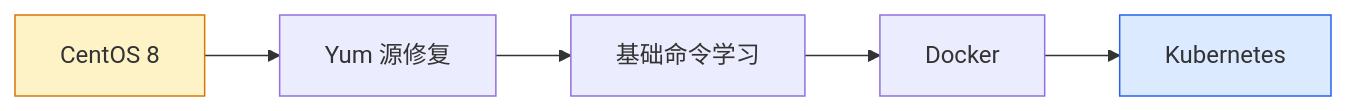
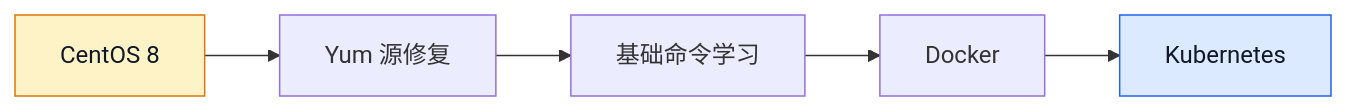
One commit to hfei929/1hair-labs changed the diagram in docs/deployment/linux/centos-8.md. Above: the diagram before and after it, drawn with Mermaid. The commit also changed other lines of this file and 21 other files, not shown here.

Commit message:
添加 NetworkPolicy 文章以及优化之前文章中对站点图片引用失效的问题

````diff
--- a/docs/deployment/linux/centos-8.md
+++ b/docs/deployment/linux/centos-8.md
@@ -328,10 +299,10 @@
 ```mermaid
 flowchart LR
     A[CentOS 8] --> B[Yum 源修复]
     B --> C[基础命令学习]
     C --> D[Docker]
     D --> E[Kubernetes]
 
-    style A fill:#fef3c7,stroke:#d97706
-    style E fill:#dbeafe,stroke:#2563eb
+    style A fill:#fef3c7,stroke:#d97706,color:#111827
+    style E fill:#dbeafe,stroke:#2563eb,color:#111827
 ```
````
